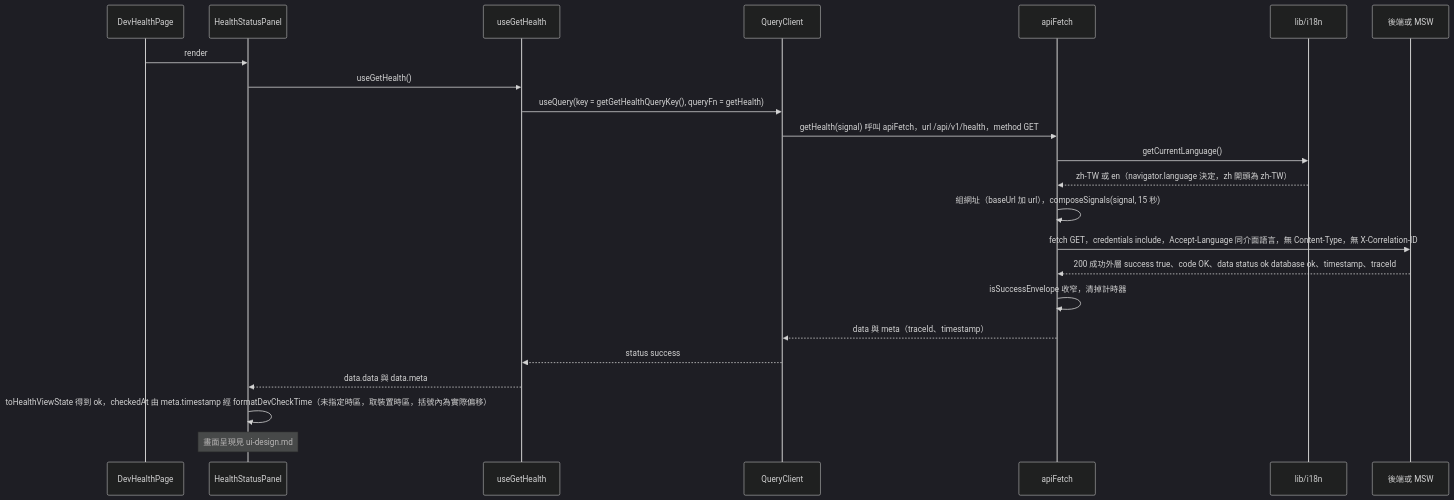
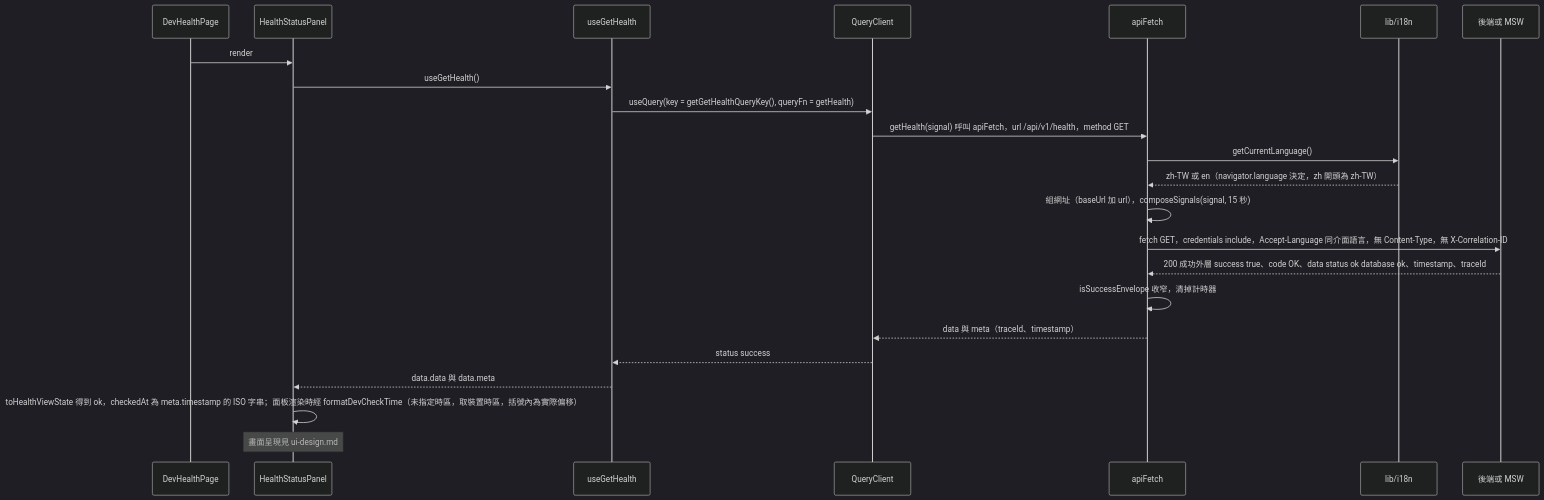
The third of 14 diagrams in openspec/changes/frontend-skeleton/system-design.md (label-suite/label-suite), drawn with Mermaid (dark theme) before and after one commit. The commit also changed other lines of this file and 4 other files, not shown here.

````diff
--- a/openspec/changes/frontend-skeleton/system-design.md
+++ b/openspec/changes/frontend-skeleton/system-design.md
@@ -571,25 +593,25 @@
 ```mermaid
 sequenceDiagram
   participant Page as DevHealthPage
   participant Panel as HealthStatusPanel
   participant Hook as useGetHealth
   participant QC as QueryClient
   participant Mut as apiFetch
   participant I18n as lib/i18n
   participant Net as 後端或 MSW
   Page->>Panel: render
   Panel->>Hook: useGetHealth()
   Hook->>QC: useQuery(key = getGetHealthQueryKey(), queryFn = getHealth)
   QC->>Mut: getHealth(signal) 呼叫 apiFetch，url /api/v1/health，method GET
   Mut->>I18n: getCurrentLanguage()
   I18n-->>Mut: zh-TW 或 en（navigator.language 決定，zh 開頭為 zh-TW）
   Mut->>Mut: 組網址（baseUrl 加 url），composeSignals(signal, 15 秒)
   Mut->>Net: fetch GET，credentials include，Accept-Language 同介面語言，無 Content-Type，無 X-Correlation-ID
   Net-->>Mut: 200 成功外層 success true、code OK、data status ok database ok、timestamp、traceId
   Mut->>Mut: isSuccessEnvelope 收窄，清掉計時器
   Mut-->>QC: data 與 meta（traceId、timestamp）
   QC-->>Hook: status success
   Hook-->>Panel: data.data 與 data.meta
-  Panel->>Panel: toHealthViewState 得到 ok，checkedAt 由 meta.timestamp 經 formatDevCheckTime（未指定時區，取裝置時區，括號內為實際偏移）
+  Panel->>Panel: toHealthViewState 得到 ok，checkedAt 為 meta.timestamp 的 ISO 字串；面板渲染時經 formatDevCheckTime（未指定時區，取裝置時區，括號內為實際偏移）
   Note over Panel: 畫面呈現見 ui-design.md
 ```
````
